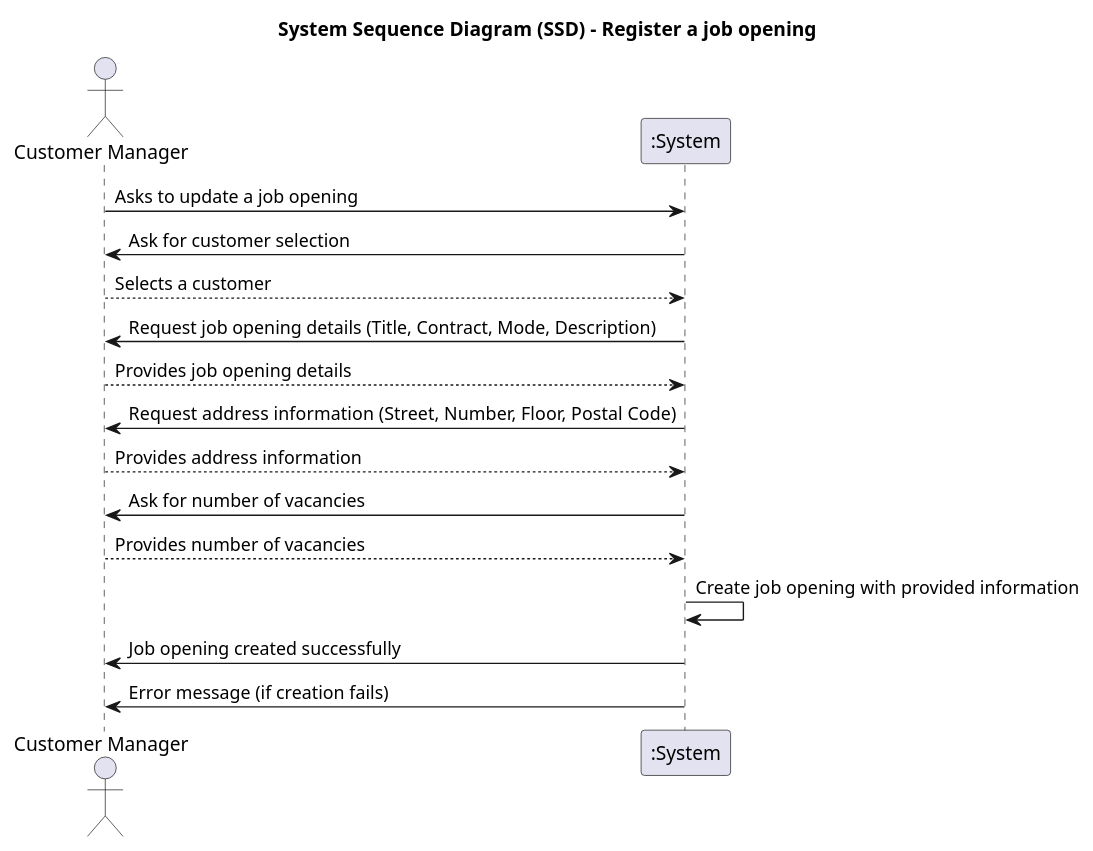
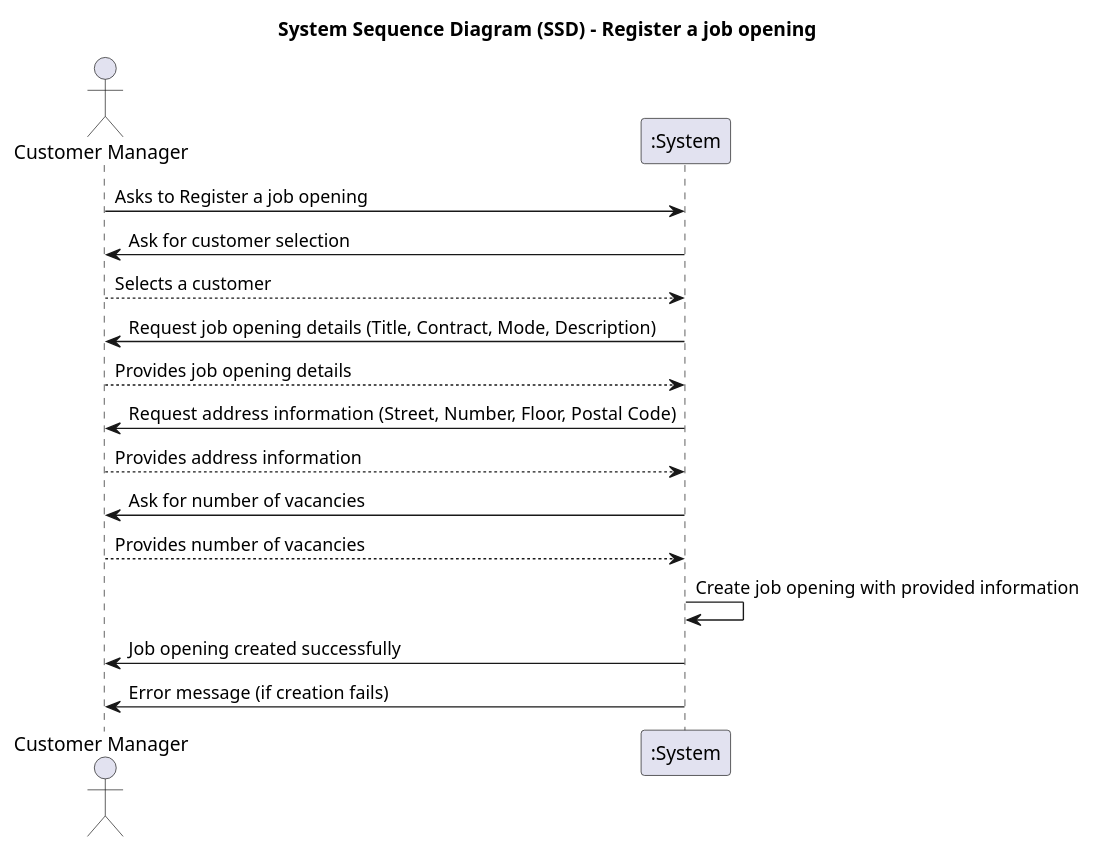
Before and after one commit to Mendoncaa/LAPR4: the diagram in docs/sprintB/US1002/01.requirements-engineering/puml/SSD.puml, drawn with PlantUML. The commit also changed 8 other files, not shown here.

Commit message:
Add SD List JobOpenings,SD and SSD Register JobOpenings

```diff
--- a/docs/sprintB/US1002/01.requirements-engineering/puml/SSD.puml
+++ b/docs/sprintB/US1002/01.requirements-engineering/puml/SSD.puml
@@ -1,26 +1,26 @@
 @startuml
 
 title System Sequence Diagram (SSD) - Register a job opening
 
 actor "Customer Manager" as U
 participant ":System" as S
 
-U -> S : Asks to update a job opening
+U -> S : Asks to Register a job opening
 S -> U : Ask for customer selection
 U --> S : Selects a customer
 
 S -> U : Request job opening details (Title, Contract, Mode, Description)
 U --> S : Provides job opening details
 
 S -> U : Request address information (Street, Number, Floor, Postal Code)
 U --> S : Provides address information
 
 S -> U : Ask for number of vacancies
 U --> S : Provides number of vacancies
 
 S -> S : Create job opening with provided information
 
 S -> U : Job opening created successfully
 S -> U : Error message (if creation fails)
 
 @enduml
```
